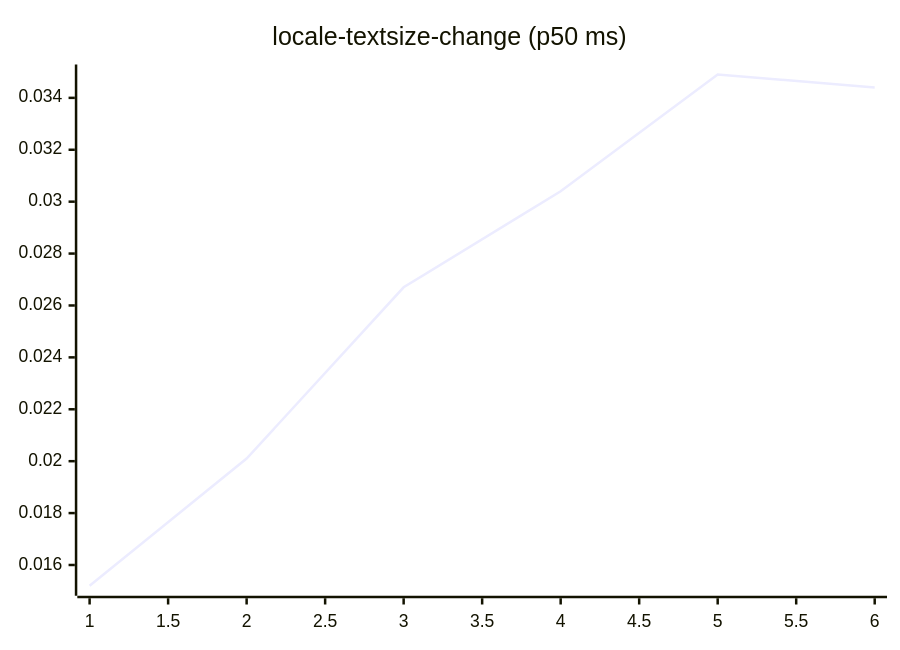
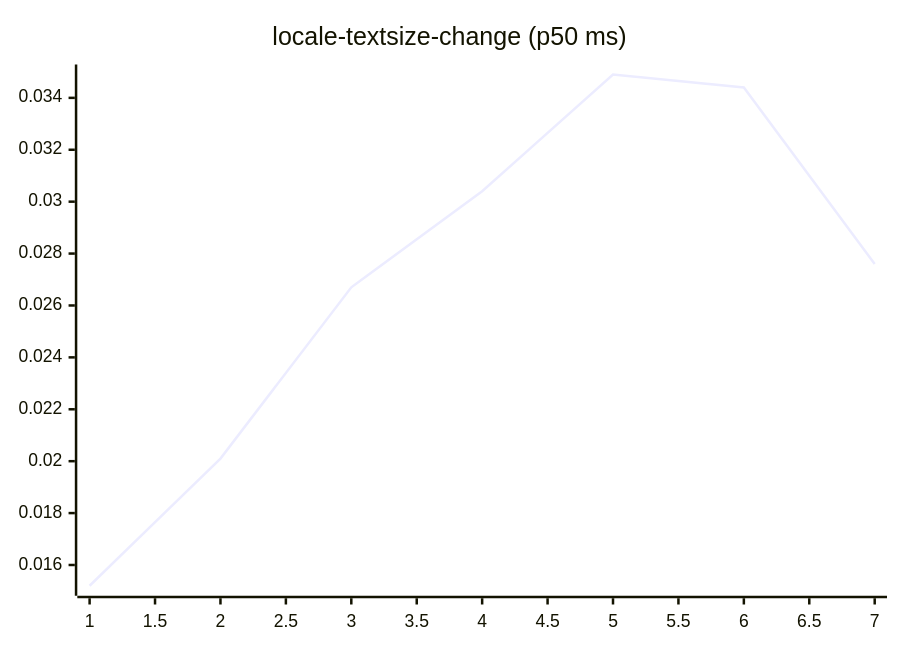
Before and after one commit to josha/Facet: diagram 13 of 27 in README.md, drawn with Mermaid. The commit also changed other lines of this file and 2 other files, not shown here.

````diff
--- a/README.md
+++ b/README.md
@@ -147,6 +147,6 @@
 ```mermaid
 xychart-beta
     title "locale-textsize-change (p50 ms)"
-    x-axis 1 --> 6
-    line [0.0152, 0.0201, 0.0267, 0.0304, 0.0349, 0.0344]
+    x-axis 1 --> 7
+    line [0.0152, 0.0201, 0.0267, 0.0304, 0.0349, 0.0344, 0.0276]
 ```
````
